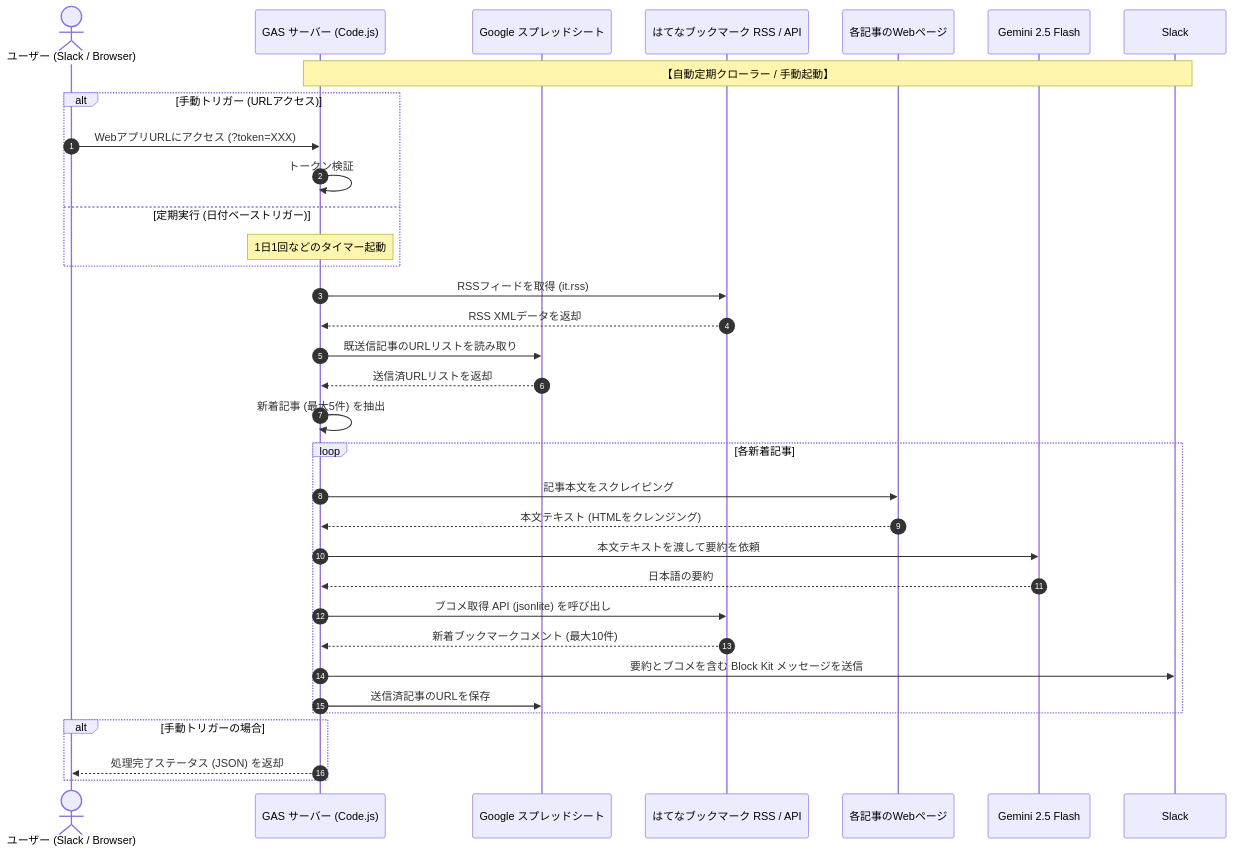
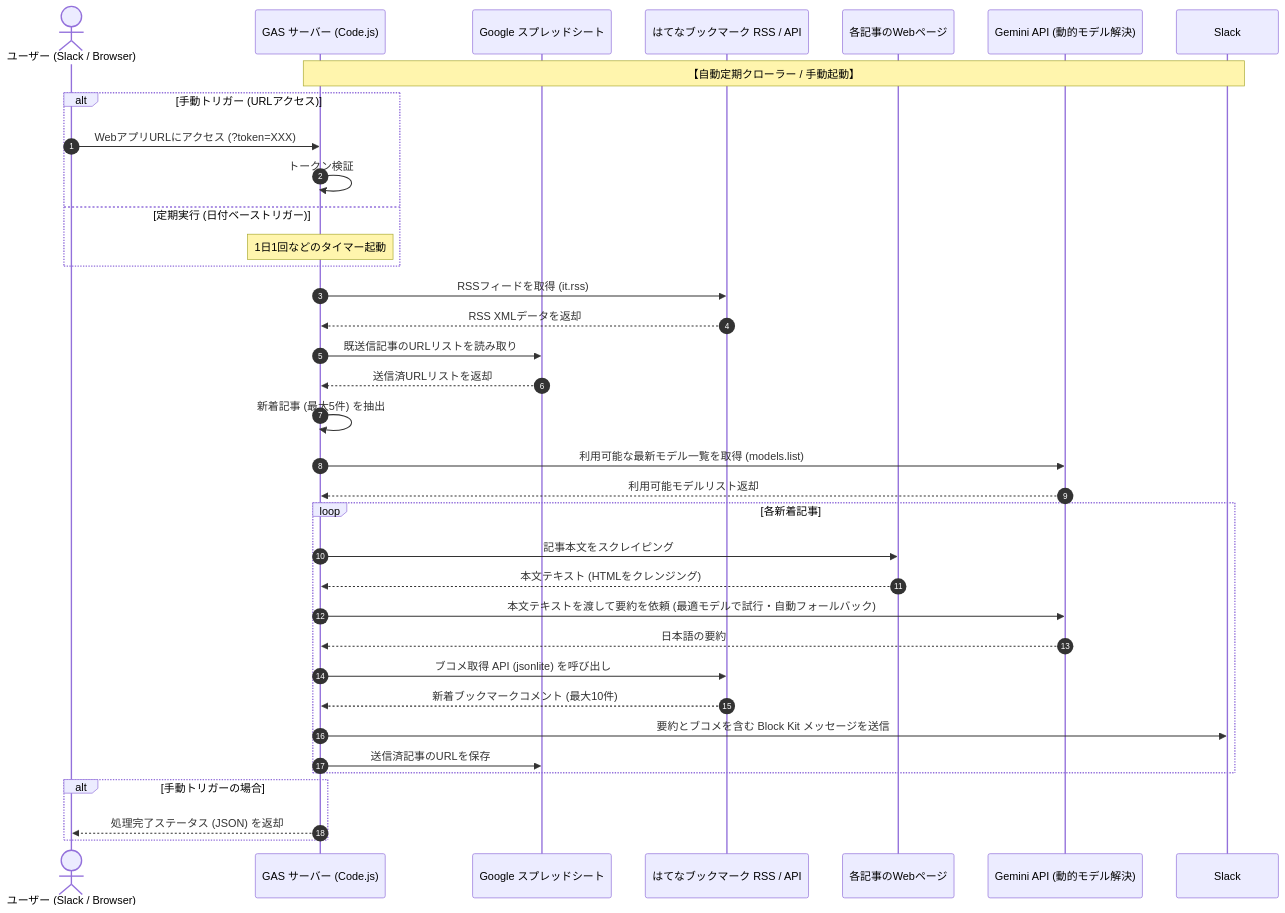
The diagram in README.md (lightyield/ai-hatebu-digest), drawn with Mermaid before and after one commit. The commit also changed other lines of this file and 2 other files, not shown here.

Commit message:
feat: Gemini APIの動的モデル取得と自動フォールバック・エラーハンドリング強化

````diff
--- a/README.md
+++ b/README.md
@@ -9,40 +9,42 @@
 ```mermaid
 sequenceDiagram
     autonumber
     actor User as ユーザー (Slack / Browser)
     participant GAS as GAS サーバー (Code.js)
     participant Sheet as Google スプレッドシート
     participant Hatebu as はてなブックマーク RSS / API
     participant WebPage as 各記事のWebページ
-    participant Gemini as Gemini 2.5 Flash
+    participant Gemini as Gemini API (動的モデル解決)
     participant Slack as Slack
 
     Note over GAS, Slack: 【自動定期クローラー / 手動起動】
     alt 手動トリガー (URLアクセス)
         User->>GAS: WebアプリURLにアクセス (?token=XXX)
         GAS->>GAS: トークン検証
     else 定期実行 (日付ベーストリガー)
         Note over GAS: 1日1回などのタイマー起動
     end
 
     GAS->>Hatebu: RSSフィードを取得 (it.rss)
     Hatebu-->>GAS: RSS XMLデータを返却
     GAS->>Sheet: 既送信記事のURLリストを読み取り
     Sheet-->>GAS: 送信済URLリストを返却
     GAS->>GAS: 新着記事 (最大5件) を抽出
+    GAS->>Gemini: 利用可能な最新モデル一覧を取得 (models.list)
+    Gemini-->>GAS: 利用可能モデルリスト返却
     
     loop 各新着記事
         GAS->>WebPage: 記事本文をスクレイピング
         WebPage-->>GAS: 本文テキスト (HTMLをクレンジング)
-        GAS->>Gemini: 本文テキストを渡して要約を依頼
+        GAS->>Gemini: 本文テキストを渡して要約を依頼 (最適モデルで試行・自動フォールバック)
         Gemini-->>GAS: 日本語の要約
         GAS->>Hatebu: ブコメ取得 API (jsonlite) を呼び出し
         Hatebu-->>GAS: 新着ブックマークコメント (最大10件)
         GAS->>Slack: 要約とブコメを含む Block Kit メッセージを送信
         GAS->>Sheet: 送信済記事のURLを保存
     end
 
     alt 手動トリガーの場合
         GAS-->>User: 処理完了ステータス (JSON) を返却
     end
 ```
````
